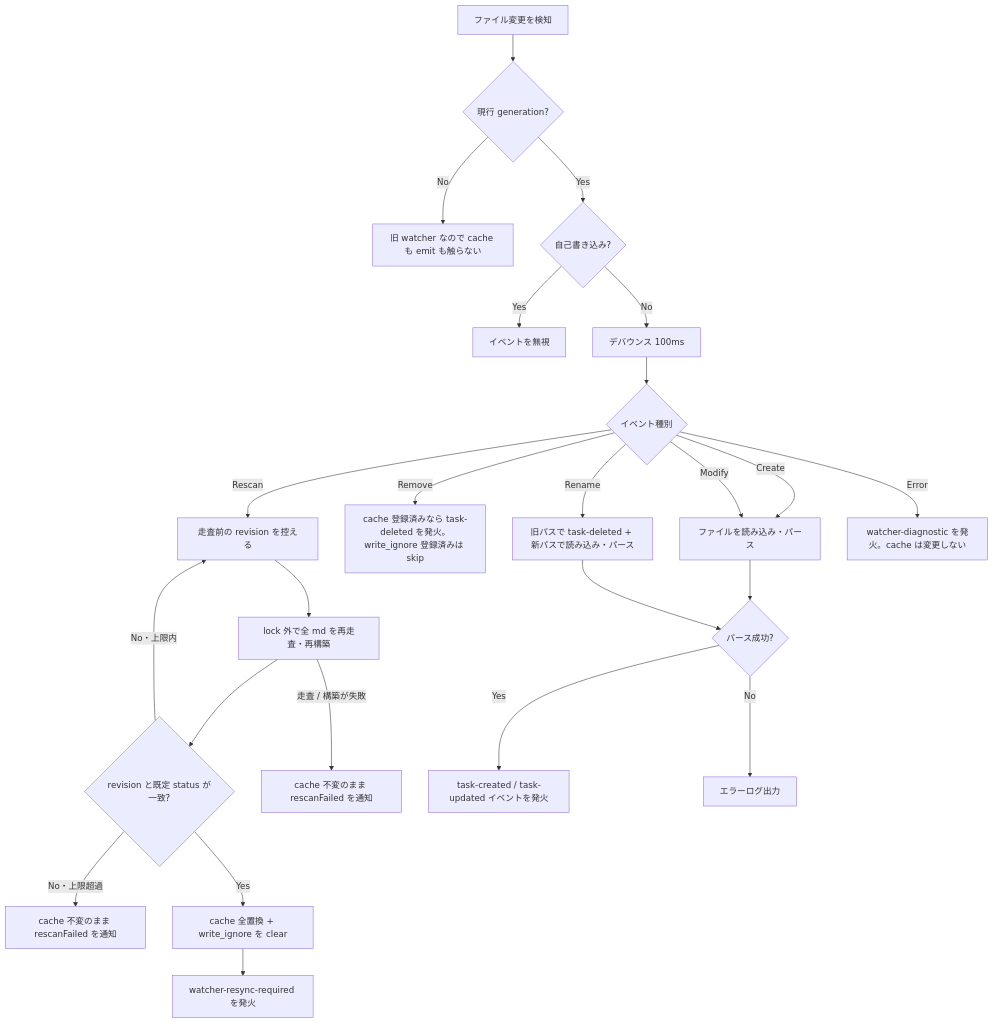
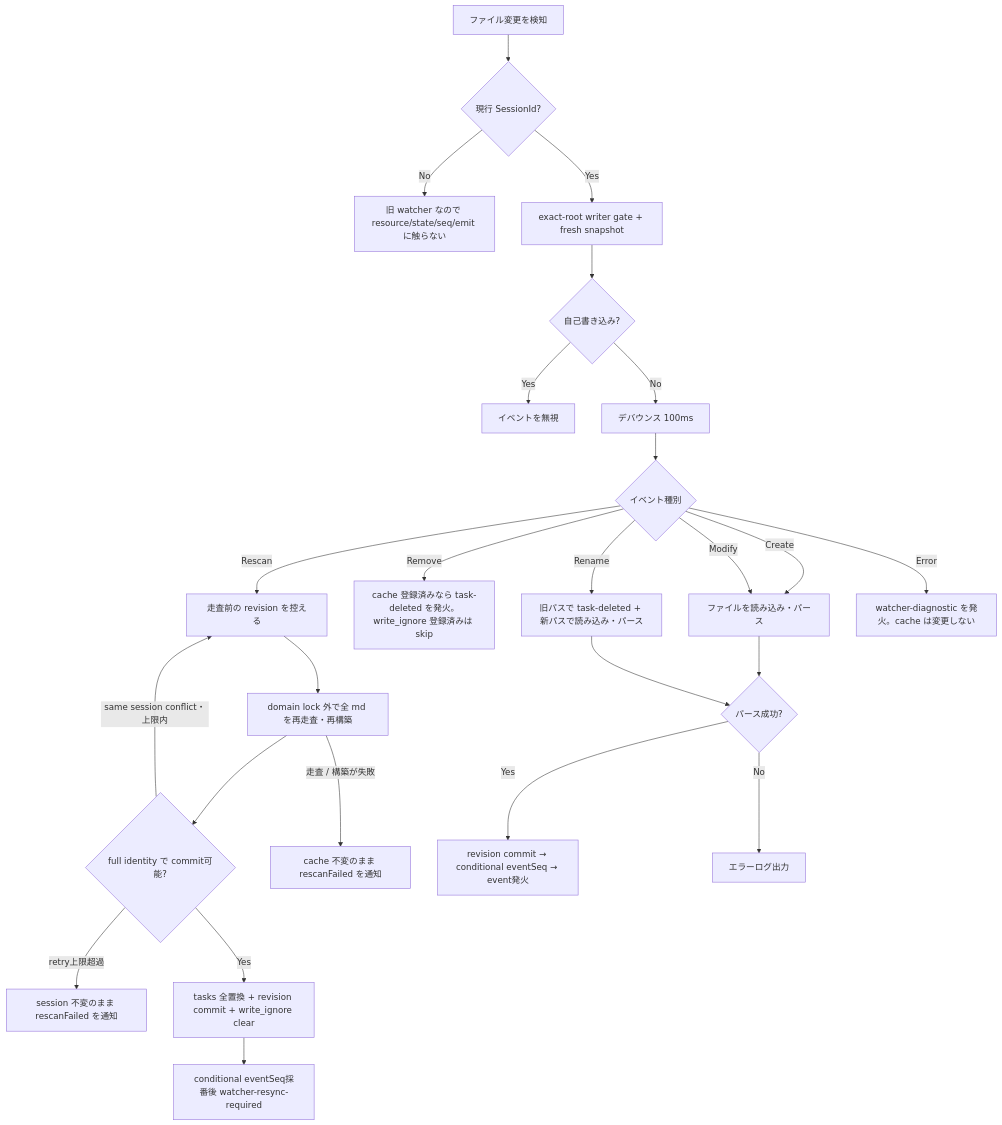
One commit to DIO0550/spec-board changed the diagram in docs/spec-board/file-system-spec.md. Above: the diagram before and after it, drawn with Mermaid. The commit also changed other lines of this file and 79 other files, not shown here.

First line of the commit message:
✨ [New Feature]: #453 [BE] AppState を revision 付き ProjectSession aggregate に再構成 (#495)

````diff
--- a/docs/spec-board/file-system-spec.md
+++ b/docs/spec-board/file-system-spec.md
@@ -461,26 +474,27 @@
 ```mermaid
 flowchart TD
-    A[ファイル変更を検知] --> G0{現行 generation?}
-    G0 -->|No| G1[旧 watcher なので cache も emit も触らない]
-    G0 -->|Yes| A1{自己書き込み?}
+    A[ファイル変更を検知] --> G0{現行 SessionId?}
+    G0 -->|No| G1[旧 watcher なので resource/state/seq/emit に触らない]
+    G0 -->|Yes| W[exact-root writer gate + fresh snapshot]
+    W --> A1{自己書き込み?}
     A1 -->|Yes| A2[イベントを無視]
     A1 -->|No| B[デバウンス 100ms]
     B --> C{イベント種別}
     C -->|Create| D[ファイルを読み込み・パース]
     C -->|Modify| D
     C -->|Remove| E[cache 登録済みなら task-deleted を発火。write_ignore 登録済みは skip]
     C -->|Rename| R[旧パスで task-deleted + 新パスで読み込み・パース]
     C -->|Rescan| S0[走査前の revision を控える]
     C -->|Error| X[watcher-diagnostic を発火。cache は変更しない]
-    S0 --> S1[lock 外で全 md を再走査・再構築]
-    S1 --> S2{revision と既定 status が一致?}
-    S2 -->|No・上限内| S0
-    S2 -->|No・上限超過| S6[cache 不変のまま rescanFailed を通知]
-    S2 -->|Yes| S3[cache 全置換 + write_ignore を clear]
-    S3 --> S4[watcher-resync-required を発火]
+    S0 --> S1[domain lock 外で全 md を再走査・再構築]
+    S1 --> S2{full identity で commit可能?}
+    S2 -->|same session conflict・上限内| S0
+    S2 -->|retry上限超過| S6[session 不変のまま rescanFailed を通知]
+    S2 -->|Yes| S3[tasks 全置換 + revision commit + write_ignore clear]
+    S3 --> S4[conditional eventSeq採番後 watcher-resync-required]
     S1 -->|走査 / 構築が失敗| S5[cache 不変のまま rescanFailed を通知]
     D --> F{パース成功?}
     R --> F
-    F -->|Yes| G[task-created / task-updated イベントを発火]
+    F -->|Yes| G[revision commit → conditional eventSeq → event発火]
     F -->|No| H[エラーログ出力]
 ```
````
